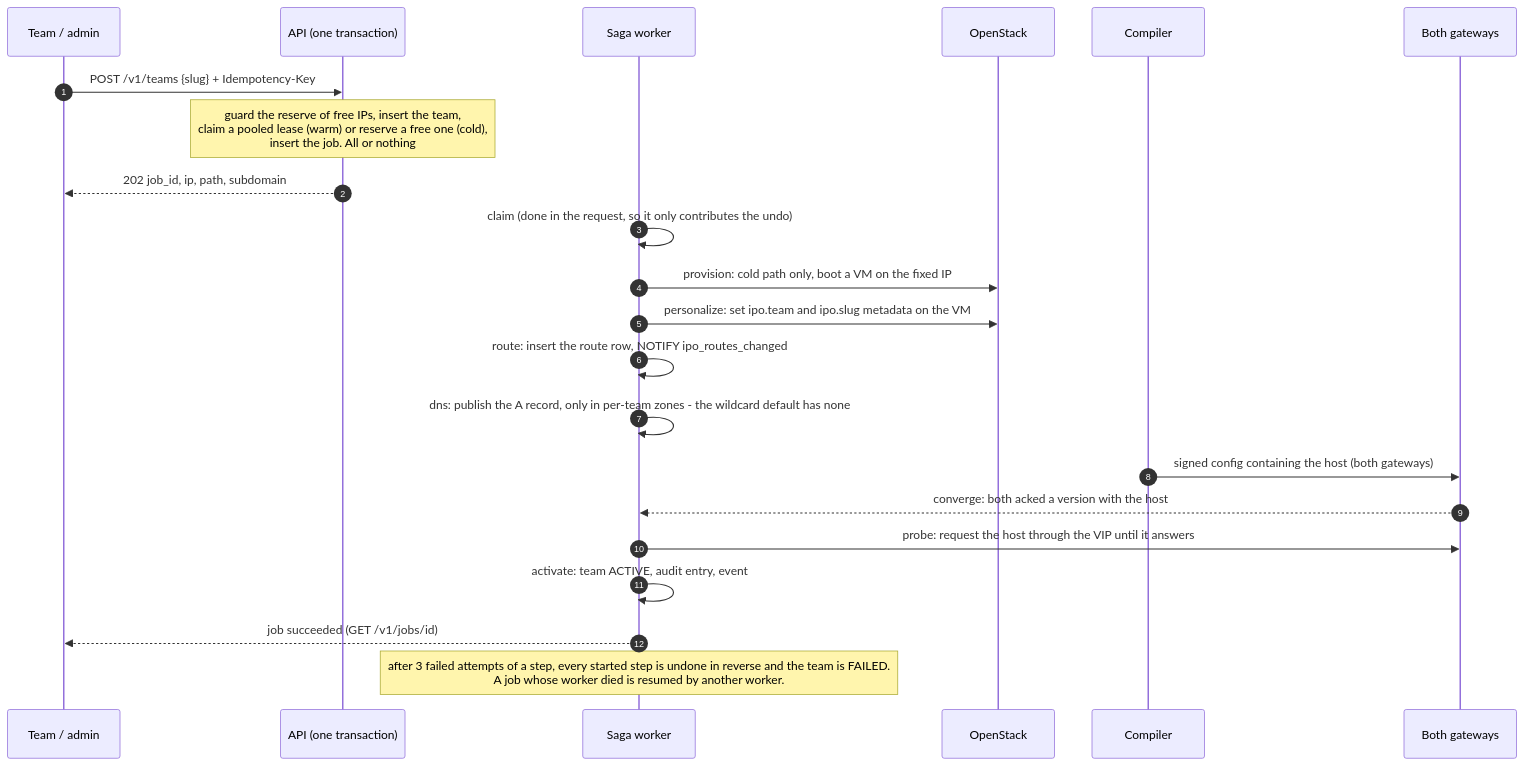
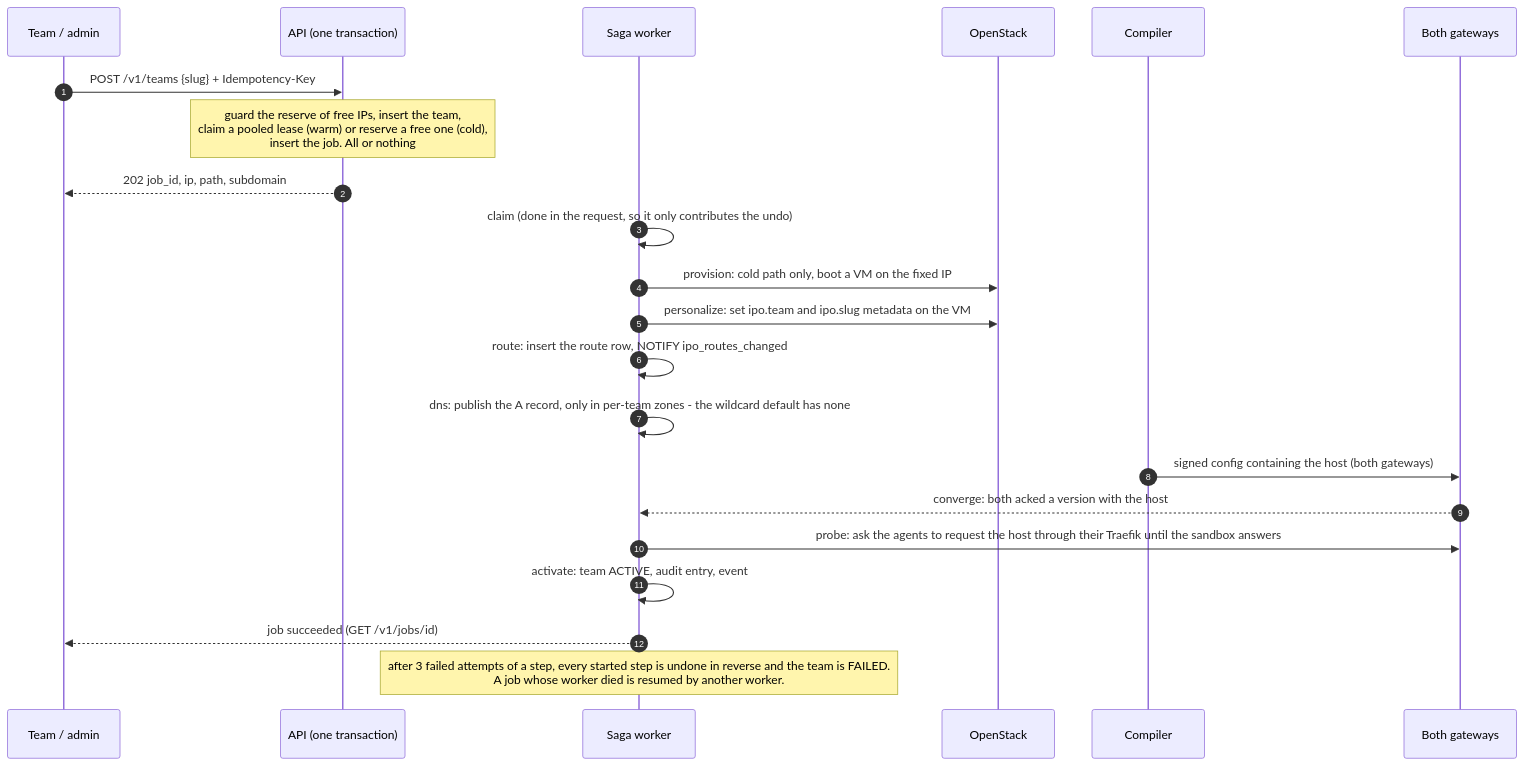
One commit to Skan22/CSTAM changed the diagram in docs/diagrams/registration-saga.mmd. Above: the diagram before and after it, drawn with Mermaid. The commit also changed 22 other files, not shown here.

```diff
--- a/docs/diagrams/registration-saga.mmd
+++ b/docs/diagrams/registration-saga.mmd
@@ -1,22 +1,22 @@
 sequenceDiagram
   autonumber
   participant U as Team / admin
   participant API as API (one transaction)
   participant W as Saga worker
   participant OS as OpenStack
   participant CC as Compiler
   participant G as Both gateways
   U->>API: POST /v1/teams {slug} + Idempotency-Key
   Note over API: guard the reserve of free IPs, insert the team,<br/>claim a pooled lease (warm) or reserve a free one (cold),<br/>insert the job. All or nothing
   API-->>U: 202 job_id, ip, path, subdomain
   W->>W: claim (done in the request, so it only contributes the undo)
   W->>OS: provision: cold path only, boot a VM on the fixed IP
   W->>OS: personalize: set ipo.team and ipo.slug metadata on the VM
   W->>W: route: insert the route row, NOTIFY ipo_routes_changed
   W->>W: dns: publish the A record, only in per-team zones - the wildcard default has none
   CC->>G: signed config containing the host (both gateways)
   G-->>W: converge: both acked a version with the host
-  W->>G: probe: request the host through the VIP until it answers
+  W->>G: probe: ask the agents to request the host through their Traefik until the sandbox answers
   W->>W: activate: team ACTIVE, audit entry, event
   W-->>U: job succeeded (GET /v1/jobs/id)
   Note over W: after 3 failed attempts of a step, every started step is undone in reverse and the team is FAILED.<br/>A job whose worker died is resumed by another worker.
```
